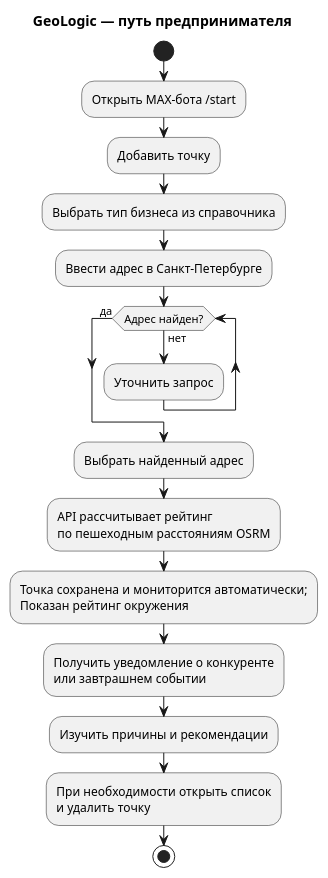
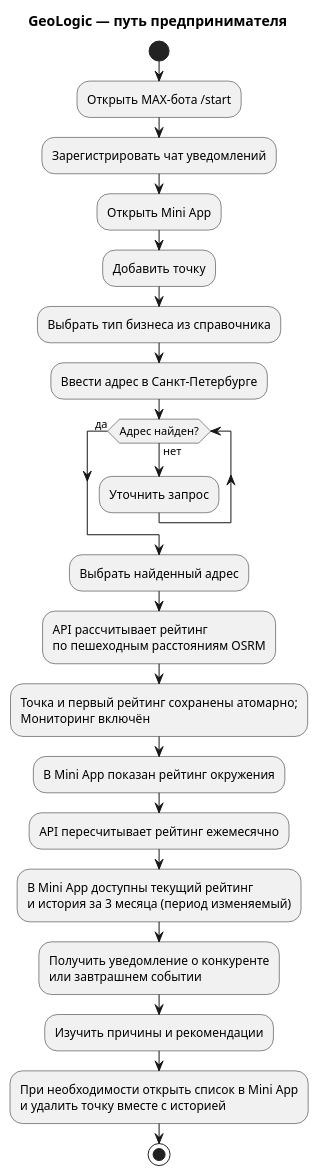
Before and after one commit to kotafan1rich/GeoLogic-Monitor: the diagram in docs/diagrams/src/cjm-owner.puml, drawn with PlantUML. The commit also changed 16 other files, not shown here.

```diff
--- a/docs/diagrams/src/cjm-owner.puml
+++ b/docs/diagrams/src/cjm-owner.puml
@@ -1,19 +1,24 @@
 @startuml cjm-owner
 title GeoLogic — путь предпринимателя
 skinparam shadowing false
 start
 :Открыть MAX-бота /start;
+:Зарегистрировать чат уведомлений;
+:Открыть Mini App;
 :Добавить точку;
 :Выбрать тип бизнеса из справочника;
 :Ввести адрес в Санкт-Петербурге;
 while (Адрес найден?) is (нет)
  :Уточнить запрос;
 endwhile (да)
 :Выбрать найденный адрес;
 :API рассчитывает рейтинг\nпо пешеходным расстояниям OSRM;
-:Точка сохранена и мониторится автоматически;\nПоказан рейтинг окружения;
+:Точка и первый рейтинг сохранены атомарно;\nМониторинг включён;
+:В Mini App показан рейтинг окружения;
+:API пересчитывает рейтинг ежемесячно;
+:В Mini App доступны текущий рейтинг\nи история за 3 месяца (период изменяемый);
 :Получить уведомление о конкуренте\nили завтрашнем событии;
 :Изучить причины и рекомендации;
-:При необходимости открыть список\nи удалить точку;
+:При необходимости открыть список в Mini App\nи удалить точку вместе с историей;
 stop
 @enduml
```
